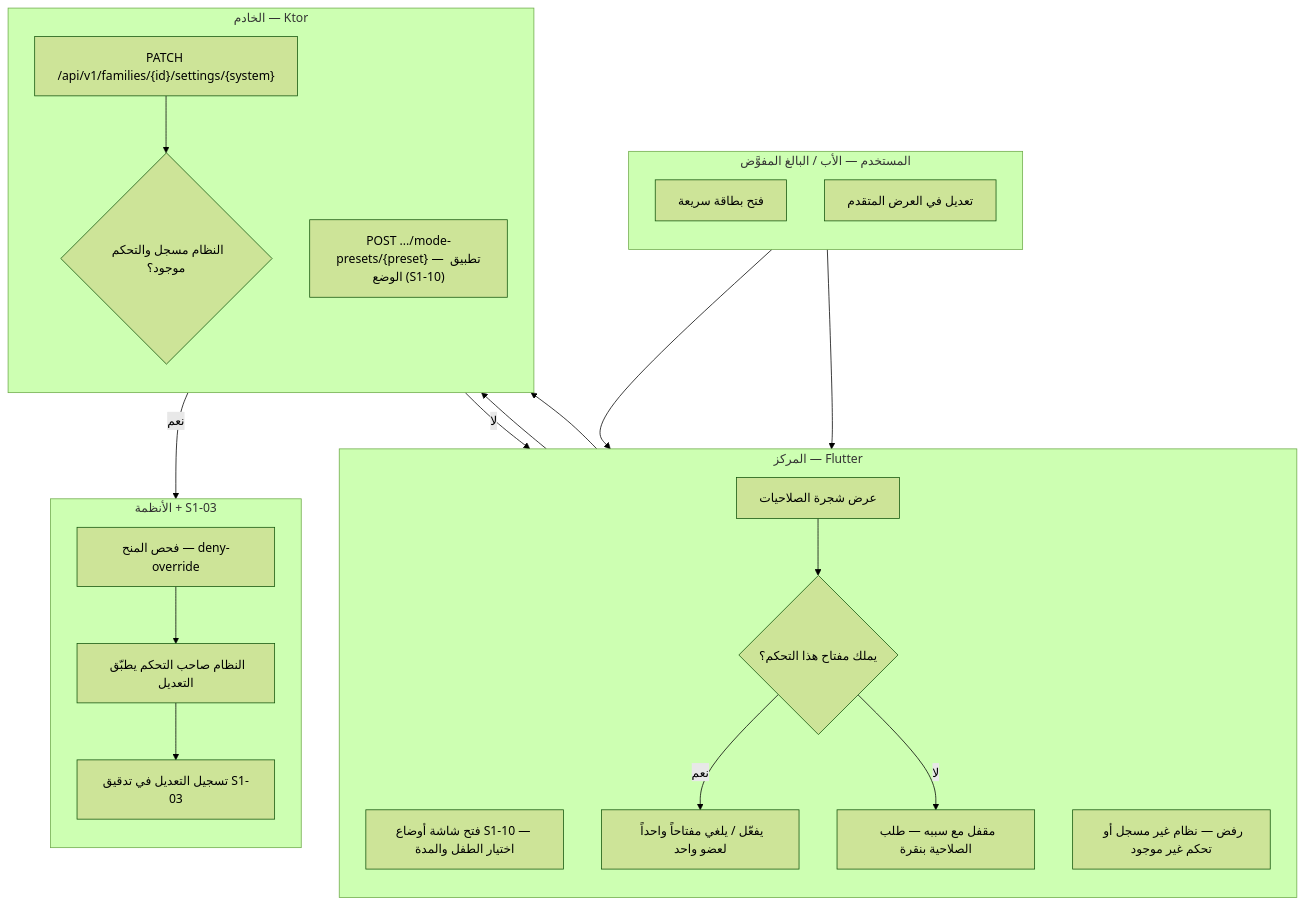
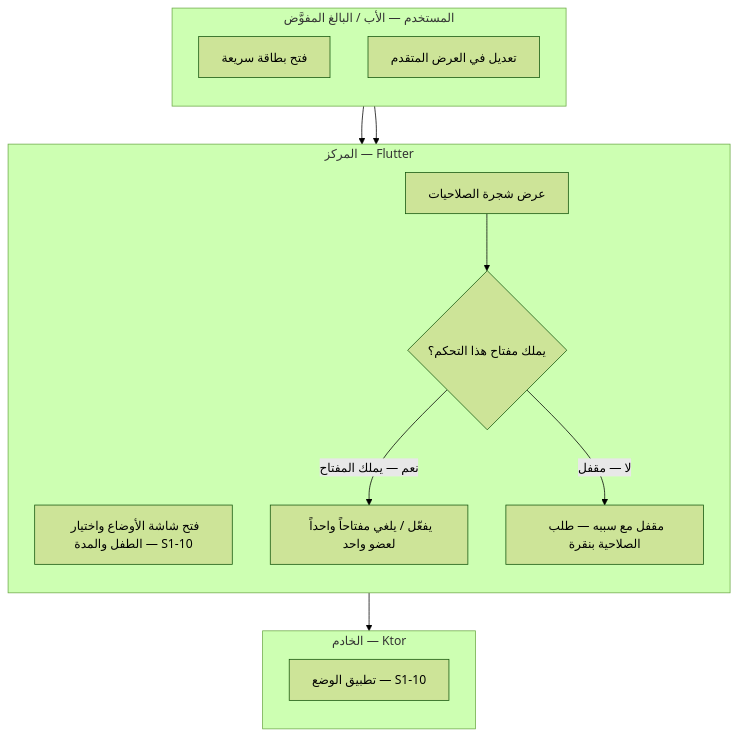
One commit to Bassam-mohammed-alqaeadi/family-os-v2 changed diagram 29 of 33 in docs/family-os/governance/phases/phase-1/S1-09-command-center-and-settings/DIAGRAMS.md. Above: the diagram before and after it, drawn with Mermaid (forest theme). The commit also changed other lines of this file, not shown here.

````diff
--- a/docs/family-os/governance/phases/phase-1/S1-09-command-center-and-settings/DIAGRAMS.md
+++ b/docs/family-os/governance/phases/phase-1/S1-09-command-center-and-settings/DIAGRAMS.md
@@ -695,42 +973,26 @@
 ```mermaid
 flowchart TD
     subgraph User [المستخدم — الأب / البالغ المفوَّض]
         direction TB
         U4[فتح بطاقة سريعة]
         U5[تعديل في العرض المتقدم]
     end
     subgraph Hub [المركز — Flutter]
         direction TB
-        H6[فتح شاشة أوضاع S1-10 — اختيار الطفل والمدة]
+        H6[فتح شاشة الأوضاع واختيار الطفل والمدة — S1-10]
         H7[عرض شجرة الصلاحيات]
         H17{يملك مفتاح هذا التحكم؟}
         H11[يفعّل / يلغي مفتاحاً واحداً لعضو واحد]
         H18[مقفل مع سببه — طلب الصلاحية بنقرة]
-        H13[رفض — نظام غير مسجل أو تحكم غير موجود]
     end
     subgraph Server [الخادم — Ktor]
         direction TB
-        V2["PATCH /api/v1/families/{id}/settings/{system}"]
-        V7{النظام مسجل والتحكم موجود؟}
-        V9["POST .../mode-presets/{preset} — تطبيق الوضع (S1-10)"]
+        V9[تطبيق الوضع — S1-10]
     end
-    subgraph Systems [الأنظمة + S1-03]
-        direction TB
-        G1[فحص المنح — deny-override]
-        G2[النظام صاحب التحكم يطبّق التعديل]
-        G3[تسجيل التعديل في تدقيق S1-03]
-    end
-
     U4 --> H6
     H6 --> V9
     U5 --> H7
     H7 --> H17
-    H17 -->|نعم| H11
-    H17 -->|لا| H18
-    H11 --> V2
-    V2 --> V7
-    V7 -->|نعم| G1
-    V7 -->|لا| H13
-    G1 --> G2
-    G2 --> G3
+    H17 -->|نعم — يملك المفتاح| H11
+    H17 -->|لا — مقفل| H18
 ```
````
